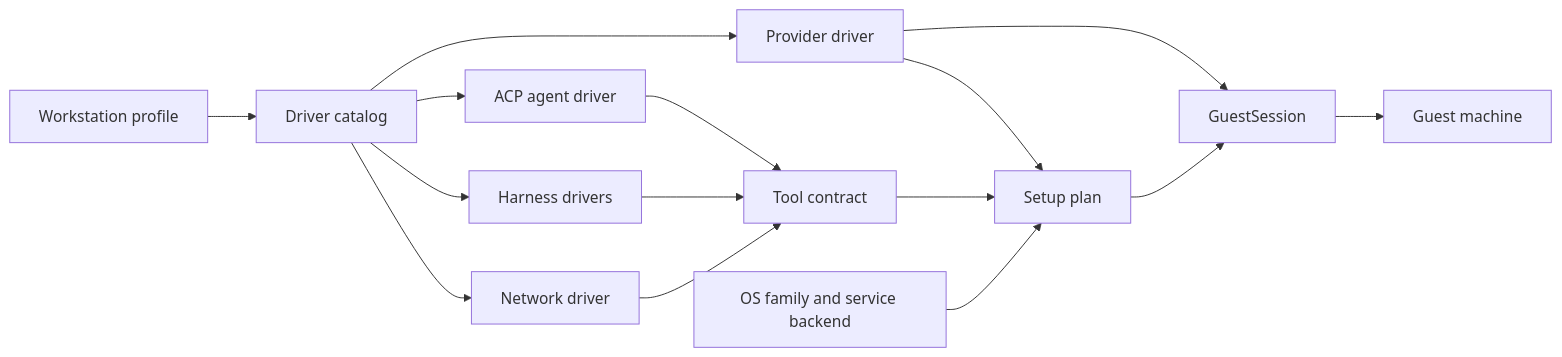
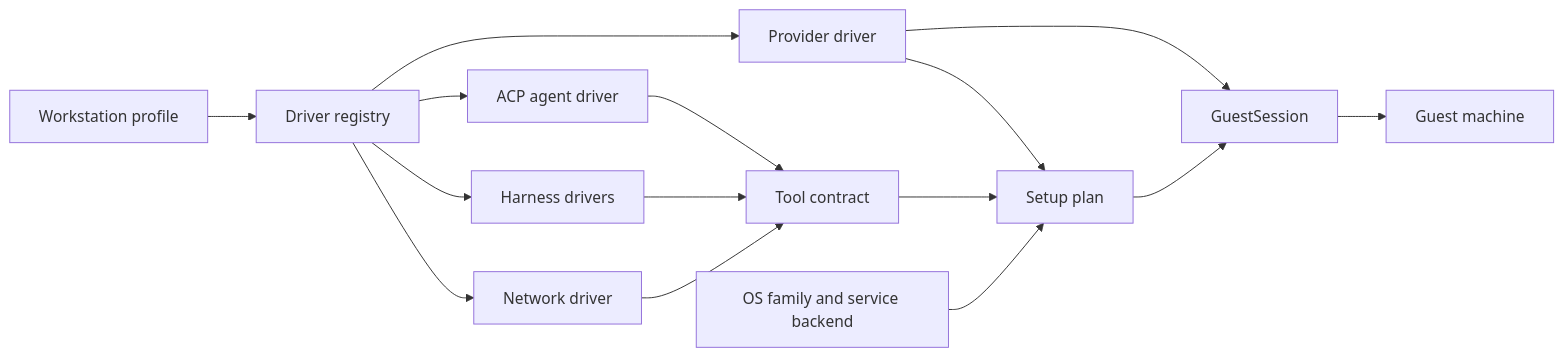
The diagram in ARCHITECTURE.md (alvis/agent-sprite), drawn with Mermaid before and after one commit. The commit also changed other lines of this file and 1107 other files, not shown here.

````diff
--- a/ARCHITECTURE.md
+++ b/ARCHITECTURE.md
@@ -29,17 +29,17 @@
 ```mermaid
 flowchart LR
-  Profile[Workstation profile] --> Catalog[Driver catalog]
-  Catalog --> Provider[Provider driver]
-  Catalog --> Agent[ACP agent driver]
-  Catalog --> Harness[Harness drivers]
-  Catalog --> Network[Network driver]
+  Profile[Workstation profile] --> Registry[Driver registry]
+  Registry --> Provider[Provider driver]
+  Registry --> Agent[ACP agent driver]
+  Registry --> Harness[Harness drivers]
+  Registry --> Network[Network driver]
   Provider --> Session[GuestSession]
   Agent --> Tools[Tool contract]
   Harness --> Tools
   Network --> Tools
   Tools --> Plan[Setup plan]
   Provider --> Plan
   OS[OS family and service backend] --> Plan
   Plan --> Session
   Session --> Guest[Guest machine]
 ```
````
